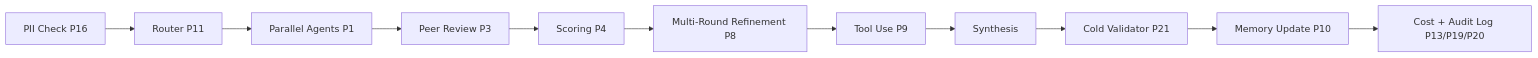
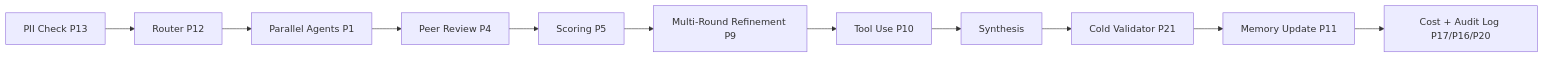
Before and after one commit to Yash-Awasthi/Judica: the diagram in ROADMAP.md, drawn with Mermaid. The commit also changed other lines of this file, not shown here.

Commit message:
docs: add local AI and desktop app connectors to roadmap

````diff
--- a/ROADMAP.md
+++ b/ROADMAP.md
@@ -19,13 +19,13 @@
 ```mermaid
 flowchart LR
-    A[PII Check P16] --> B[Router P11]
+    A[PII Check P13] --> B[Router P12]
     B --> C[Parallel Agents P1]
-    C --> D[Peer Review P3]
-    D --> E[Scoring P4]
-    E --> F[Multi-Round Refinement P8]
-    F --> G[Tool Use P9]
+    C --> D[Peer Review P4]
+    D --> E[Scoring P5]
+    E --> F[Multi-Round Refinement P9]
+    F --> G[Tool Use P10]
     G --> H[Synthesis]
     H --> I[Cold Validator P21]
-    I --> J[Memory Update P10]
-    J --> K[Cost + Audit Log P13/P19/P20]
+    I --> J[Memory Update P11]
+    J --> K[Cost + Audit Log P17/P16/P20]
 ```
````
